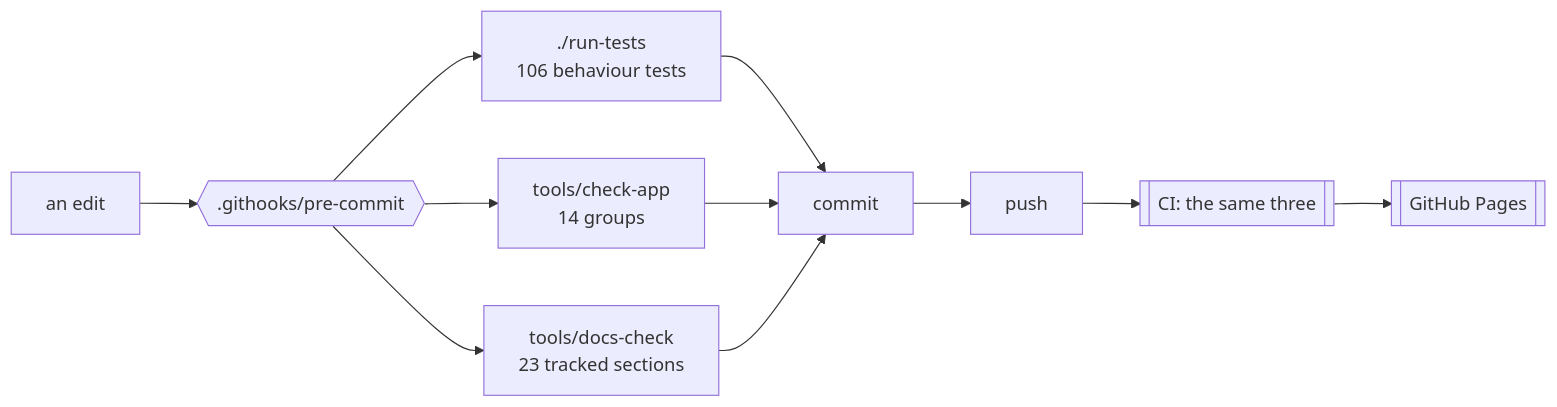
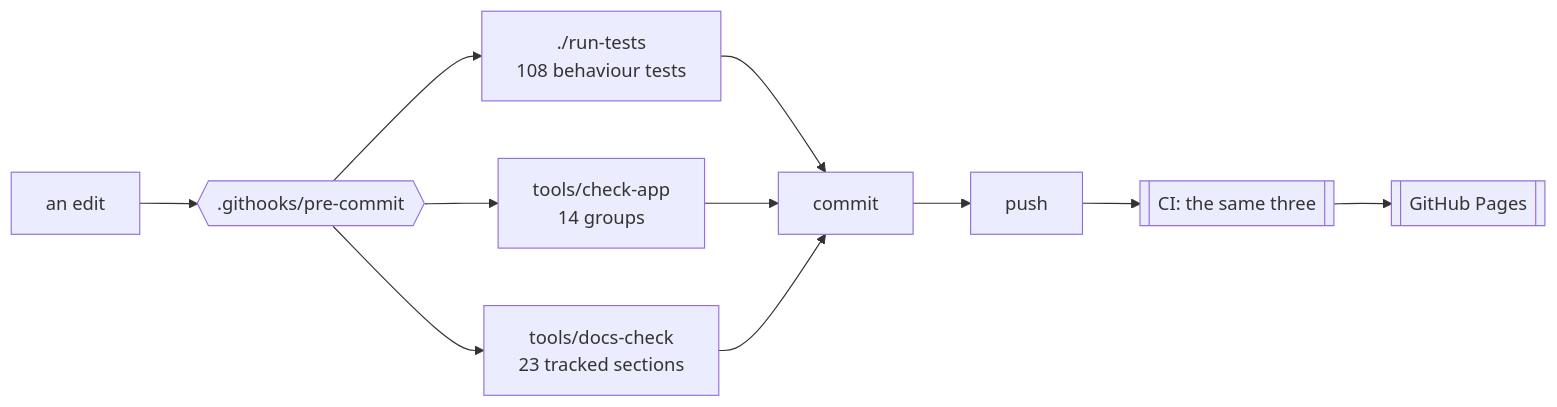
The diagram in docs/DEVELOPING.md (minormending/crystal-pilot-mobile), drawn with Mermaid before and after one commit. The commit also changed other lines of this file and 12 other files, not shown here.

````diff
--- a/docs/DEVELOPING.md
+++ b/docs/DEVELOPING.md
@@ -15,12 +15,12 @@
 ```mermaid
 flowchart LR
     E[an edit] --> H{{".githooks/pre-commit"}}
-    H --> T["./run-tests<br/>106 behaviour tests"]
+    H --> T["./run-tests<br/>108 behaviour tests"]
     H --> C["tools/check-app<br/>14 groups"]
     H --> D["tools/docs-check<br/>23 tracked sections"]
     T --> OK[commit]
     C --> OK
     D --> OK
     OK --> P[push] --> CI[["CI: the same three"]]
     CI --> PG[[GitHub Pages]]
 ```
````
